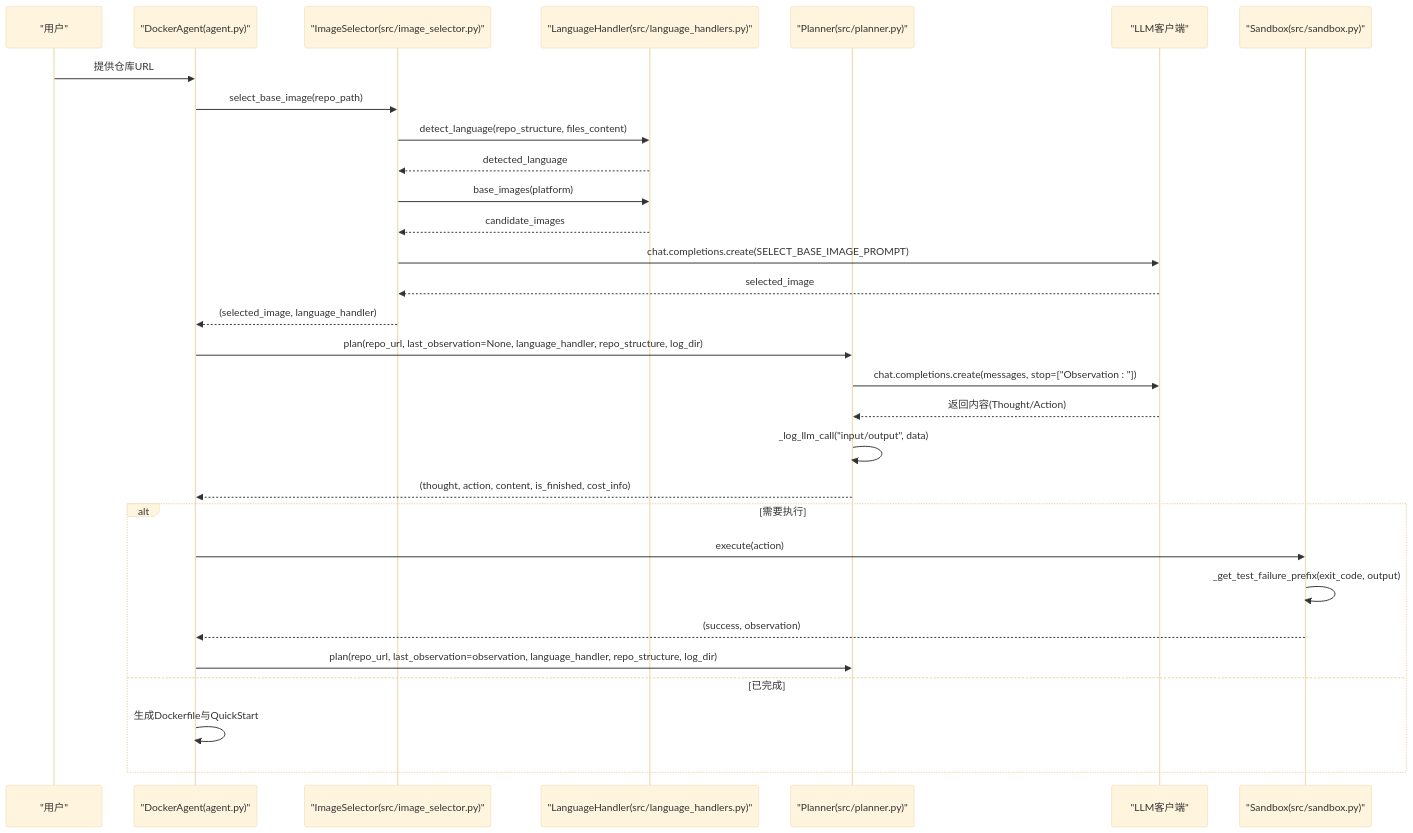
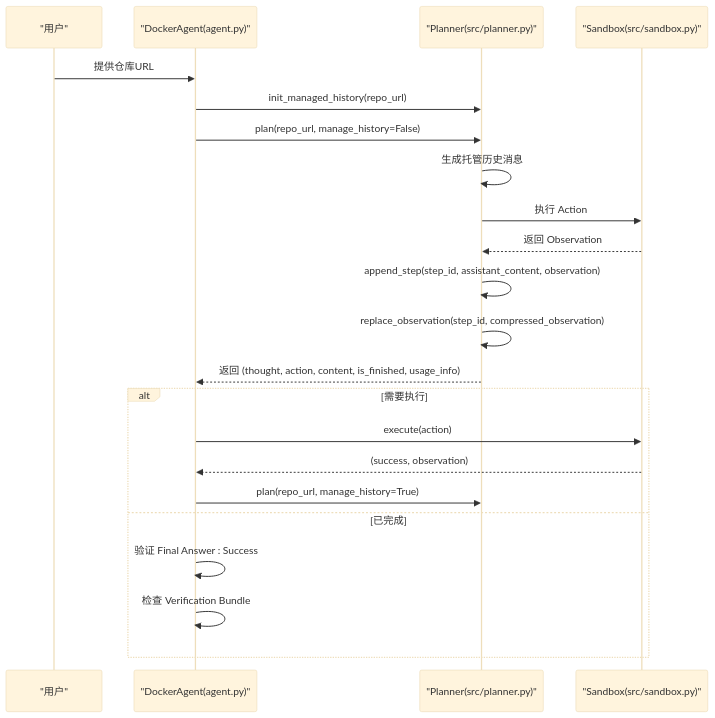
The second of 10 diagrams in .qoder/repowiki/zh/content/核心组件/Planner 模块.md (Jayint/Jayint-repo), drawn with Mermaid (base theme) before and after one commit. The commit also changed other lines of this file and 168 other files, not shown here.

````diff
--- a/.qoder/repowiki/zh/content/核心组件/Planner 模块.md
+++ b/.qoder/repowiki/zh/content/核心组件/Planner 模块.md
@@ -104,32 +99,24 @@
 ```mermaid
 sequenceDiagram
 participant U as "用户"
 participant AG as "DockerAgent(agent.py)"
-participant IS as "ImageSelector(src/image_selector.py)"
-participant LH as "LanguageHandler(src/language_handlers.py)"
 participant PL as "Planner(src/planner.py)"
-participant CL as "LLM客户端"
 participant SB as "Sandbox(src/sandbox.py)"
 U->>AG : 提供仓库URL
-AG->>IS : select_base_image(repo_path)
-IS->>LH : detect_language(repo_structure, files_content)
-LH-->>IS : detected_language
-IS->>LH : base_images(platform)
-LH-->>IS : candidate_images
-IS->>CL : chat.completions.create(SELECT_BASE_IMAGE_PROMPT)
-CL-->>IS : selected_image
-IS-->>AG : (selected_image, language_handler)
-AG->>PL : plan(repo_url, last_observation=None, language_handler, repo_structure, log_dir)
-PL->>CL : chat.completions.create(messages, stop=["Observation : "])
-CL-->>PL : 返回内容(Thought/Action)
-PL->>PL : _log_llm_call("input/output", data)
-PL-->>AG : (thought, action, content, is_finished, cost_info)
+AG->>PL : init_managed_history(repo_url)
+AG->>PL : plan(repo_url, manage_history=False)
+PL->>PL : 生成托管历史消息
+PL->>SB : 执行 Action
+SB-->>PL : 返回 Observation
+PL->>PL : append_step(step_id, assistant_content, observation)
+PL->>PL : replace_observation(step_id, compressed_observation)
+PL-->>AG : 返回 (thought, action, content, is_finished, usage_info)
 alt 需要执行
 AG->>SB : execute(action)
-SB->>SB : _get_test_failure_prefix(exit_code, output)
 SB-->>AG : (success, observation)
-AG->>PL : plan(repo_url, last_observation=observation, language_handler, repo_structure, log_dir)
+AG->>PL : plan(repo_url, manage_history=True)
 else 已完成
-AG->>AG : 生成Dockerfile与QuickStart
+AG->>AG : 验证 Final Answer : Success
+AG->>AG : 检查 Verification Bundle
 end
 ```
````
